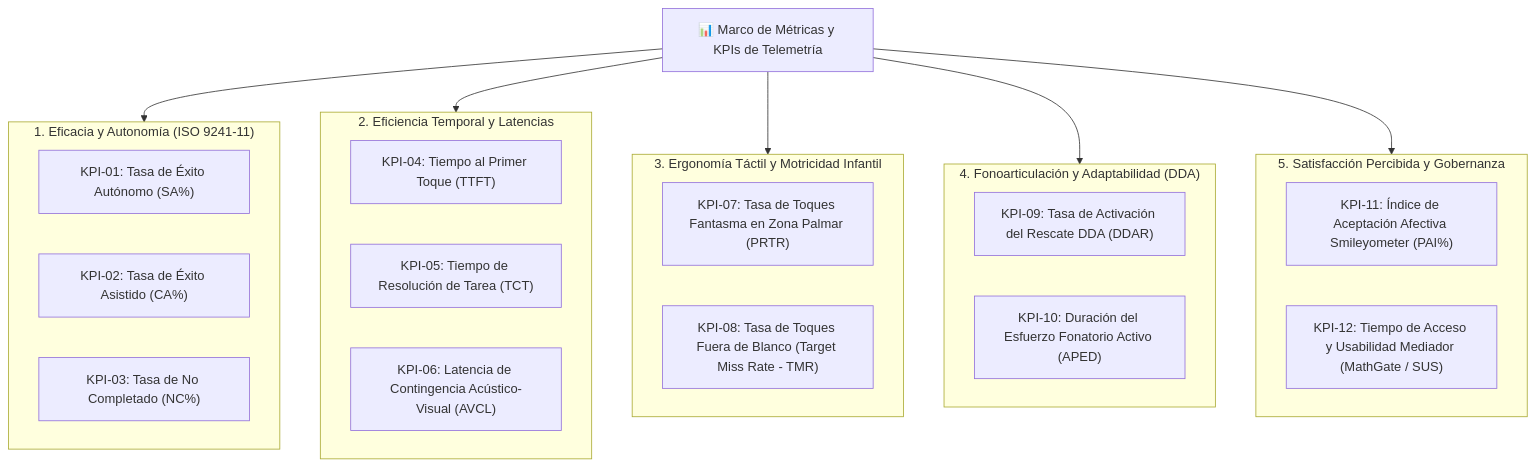
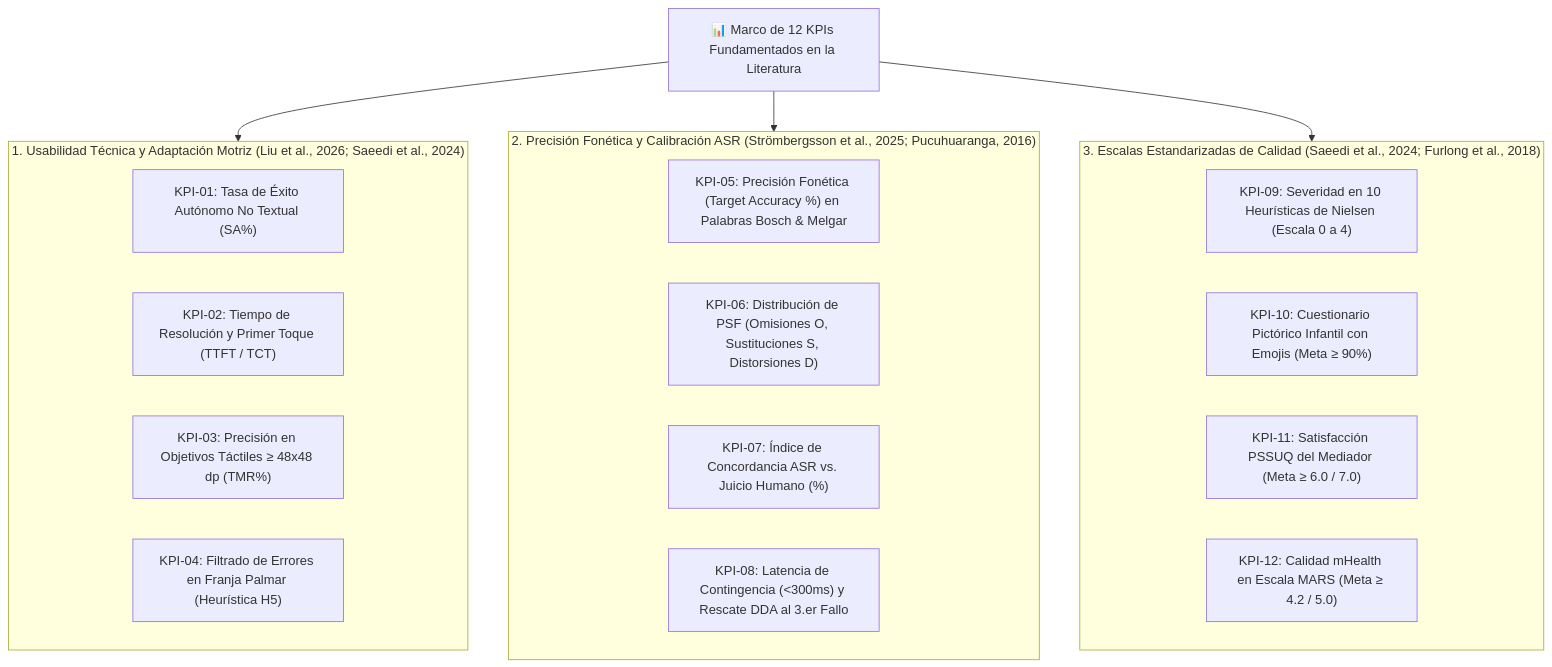
Before and after one commit to MasaruC/App_Fono-Ludica: the second of 2 diagrams in Proyecto/Documentación/Actividad 10 - Prueba de Usabilidad y Accesibilidad/Plan de Implementación - Modo Evaluación y Telemetría Automática.md, drawn with Mermaid. The commit also changed other lines of this file and 17 other files, not shown here.

````diff
--- a/Proyecto/Documentación/Actividad 10 - Prueba de Usabilidad y Accesibilidad/Plan de Implementación - Modo Evaluación y Telemetría Automática.md
+++ b/Proyecto/Documentación/Actividad 10 - Prueba de Usabilidad y Accesibilidad/Plan de Implementación - Modo Evaluación y Telemetría Automática.md
@@ -34,37 +59,29 @@
 ```mermaid
 graph TD
-    KPIs["📊 Marco de Métricas y KPIs de Telemetría"]
+    KPIs["📊 Marco de 12 KPIs Fundamentados en la Literatura"]
     
-    subgraph Eficacia ["1. Eficacia y Autonomía (ISO 9241-11)"]
-        KPI1["KPI-01: Tasa de Éxito Autónomo (SA%)"]
-        KPI2["KPI-02: Tasa de Éxito Asistido (CA%)"]
-        KPI3["KPI-03: Tasa de No Completado (NC%)"]
+    subgraph UsabilidadMotriz ["1. Usabilidad Técnica y Adaptación Motriz (Liu et al., 2026; Saeedi et al., 2024)"]
+        KPI1["KPI-01: Tasa de Éxito Autónomo No Textual (SA%)"]
+        KPI2["KPI-02: Tiempo de Resolución y Primer Toque (TTFT / TCT)"]
+        KPI3["KPI-03: Precisión en Objetivos Táctiles ≥ 48x48 dp (TMR%)"]
+        KPI4["KPI-04: Filtrado de Errores en Franja Palmar (Heurística H5)"]
     end
 
-    subgraph Eficiencia ["2. Eficiencia Temporal y Latencias"]
-        KPI4["KPI-04: Tiempo al Primer Toque (TTFT)"]
-        KPI5["KPI-05: Tiempo de Resolución de Tarea (TCT)"]
-        KPI6["KPI-06: Latencia de Contingencia Acústico-Visual (AVCL)"]
+    subgraph FoneticaAcustica ["2. Precisión Fonética y Calibración ASR (Strömbergsson et al., 2025; Pucuhuaranga, 2016)"]
+        KPI5["KPI-05: Precisión Fonética (Target Accuracy %) en Palabras Bosch & Melgar"]
+        KPI6["KPI-06: Distribución de PSF (Omisiones O, Sustituciones S, Distorsiones D)"]
+        KPI7["KPI-07: Índice de Concordancia ASR vs. Juicio Humano (%)"]
+        KPI8["KPI-08: Latencia de Contingencia (<300ms) y Rescate DDA al 3.er Fallo"]
     end
 
-    subgraph Ergonomia ["3. Ergonomía Táctil y Motricidad Infantil"]
-        KPI7["KPI-07: Tasa de Toques Fantasma en Zona Palmar (PRTR)"]
-        KPI8["KPI-08: Tasa de Toques Fuera de Blanco (Target Miss Rate - TMR)"]
+    subgraph InstrumentosEstandar ["3. Escalas Estandarizadas de Calidad (Saeedi et al., 2024; Furlong et al., 2018)"]
+        KPI9["KPI-09: Severidad en 10 Heurísticas de Nielsen (Escala 0 a 4)"]
+        KPI10["KPI-10: Cuestionario Pictórico Infantil con Emojis (Meta ≥ 90%)"]
+        KPI11["KPI-11: Satisfacción PSSUQ del Mediador (Meta ≥ 6.0 / 7.0)"]
+        KPI12["KPI-12: Calidad mHealth en Escala MARS (Meta ≥ 4.2 / 5.0)"]
     end
 
-    subgraph Fonologia ["4. Fonoarticulación y Adaptabilidad (DDA)"]
-        KPI9["KPI-09: Tasa de Activación del Rescate DDA (DDAR)"]
-        KPI10["KPI-10: Duración del Esfuerzo Fonatorio Activo (APED)"]
-    end
-
-    subgraph Satisfaccion ["5. Satisfacción Percibida y Gobernanza"]
-        KPI11["KPI-11: Índice de Aceptación Afectiva Smileyometer (PAI%)"]
-        KPI12["KPI-12: Tiempo de Acceso y Usabilidad Mediador (MathGate / SUS)"]
-    end
-
-    KPIs --> Eficacia
-    KPIs --> Eficiencia
-    KPIs --> Ergonomia
-    KPIs --> Fonologia
-    KPIs --> Satisfaccion
+    KPIs --> UsabilidadMotriz
+    KPIs --> FoneticaAcustica
+    KPIs --> InstrumentosEstandar
 ```
````
